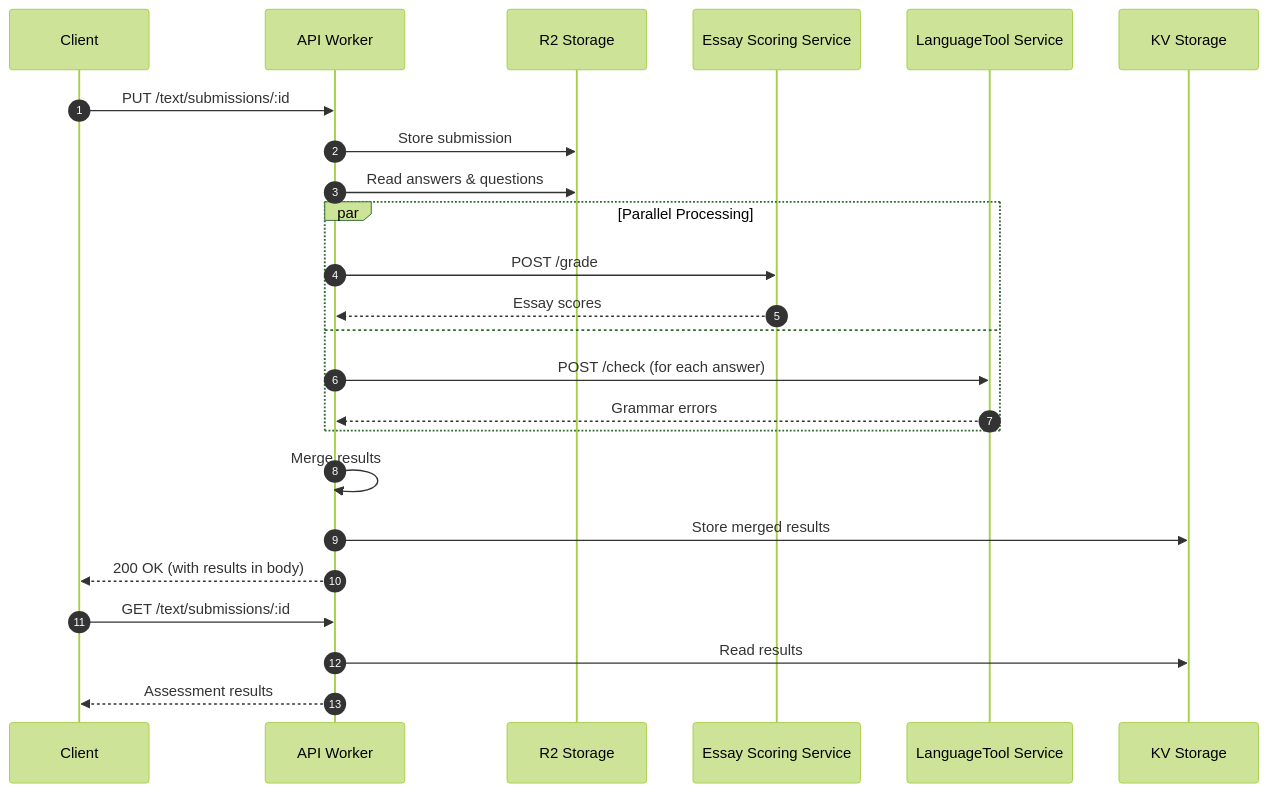
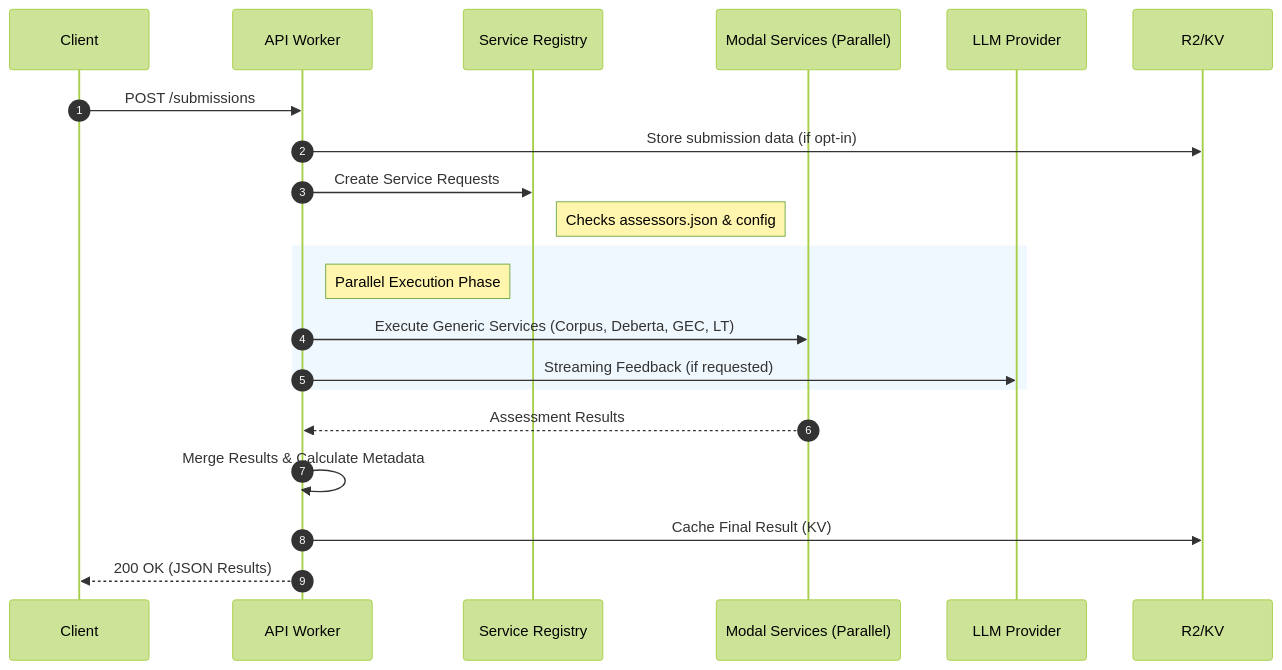
One commit to rgilks/writeo changed the second of 2 diagrams in docs/architecture/overview.md. Above: the diagram before and after it, drawn with Mermaid (forest theme). The commit also changed other lines of this file and 28 other files, not shown here.

````diff
--- a/docs/architecture/overview.md
+++ b/docs/architecture/overview.md
@@ -267,30 +147,28 @@
 ```mermaid
 sequenceDiagram
     autonumber
     participant Client
     participant API as API Worker
-    participant R2 as R2 Storage
-    participant Essay as Essay Scoring Service
-    participant LT as LanguageTool Service
-    participant KV as KV Storage
+    participant Registry as Service Registry
+    participant ML as Modal Services (Parallel)
+    participant LLM as LLM Provider
+    participant Store as R2/KV
 
-    Client->>API: PUT /text/submissions/:id
-    API->>R2: Store submission
-    API->>R2: Read answers & questions
+    Client->>API: POST /submissions
+    API->>Store: Store submission data (if opt-in)
 
-    par Parallel Processing
-        API->>Essay: POST /grade
-        Essay-->>API: Essay scores
-    and
-        API->>LT: POST /check (for each answer)
-        LT-->>API: Grammar errors
+    API->>Registry: Create Service Requests
+    note right of Registry: Checks assessors.json & config
+
+    rect rgb(240, 248, 255)
+        note right of API: Parallel Execution Phase
+        API->>ML: Execute Generic Services (Corpus, Deberta, GEC, LT)
+        API->>LLM: Streaming Feedback (if requested)
     end
 
-    API->>API: Merge results
-    API->>KV: Store merged results
-    API-->>Client: 200 OK (with results in body)
+    ML-->>API: Assessment Results
 
-    Client->>API: GET /text/submissions/:id
-    API->>KV: Read results
-    API-->>Client: Assessment results
+    API->>API: Merge Results & Calculate Metadata
+    API->>Store: Cache Final Result (KV)
+    API-->>Client: 200 OK (JSON Results)
 ```
````
